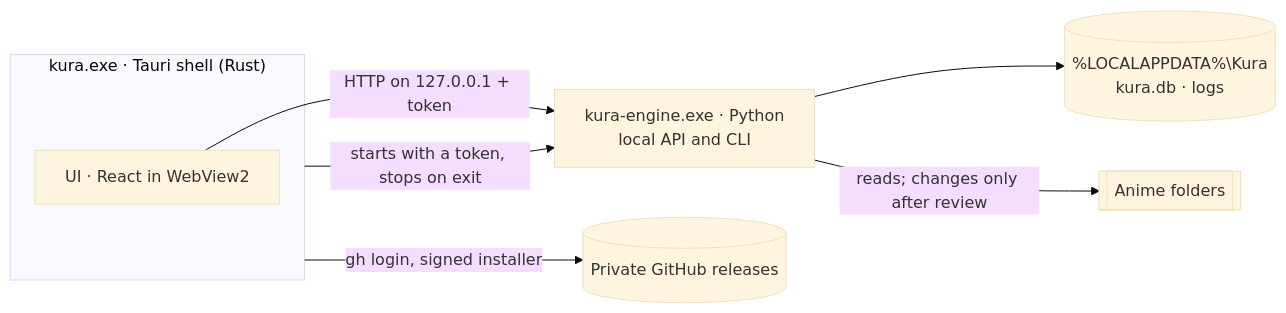
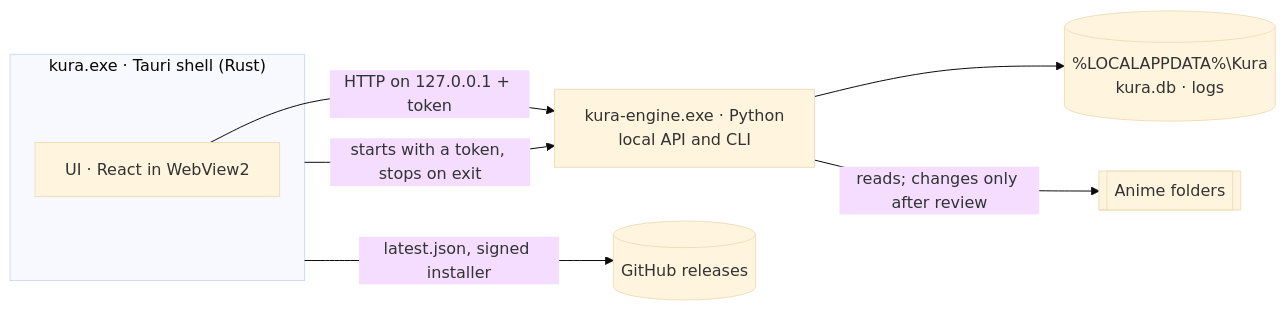
The diagram in docs/architecture.md (frank209022019/kura), drawn with Mermaid (base theme) before and after one commit. The commit also changed 28 other files, not shown here.

````diff
--- a/docs/architecture.md
+++ b/docs/architecture.md
@@ -7,16 +7,16 @@
 ```mermaid
 flowchart LR
     subgraph shell["kura.exe · Tauri shell (Rust)"]
         ui["UI · React in WebView2"]
     end
     engine["kura-engine.exe · Python<br/>local API and CLI"]
     data[("%LOCALAPPDATA%\Kura<br/>kura.db · logs")]
     anime[["Anime folders"]]
-    releases[("Private GitHub releases")]
+    releases[("GitHub releases")]
 
     shell -- "starts with a token, stops on exit" --> engine
     ui -- "HTTP on 127.0.0.1 + token" --> engine
     engine --> data
     engine -- "reads; changes only after review" --> anime
-    shell -- "gh login, signed installer" --> releases
+    shell -- "latest.json, signed installer" --> releases
 ```
````
